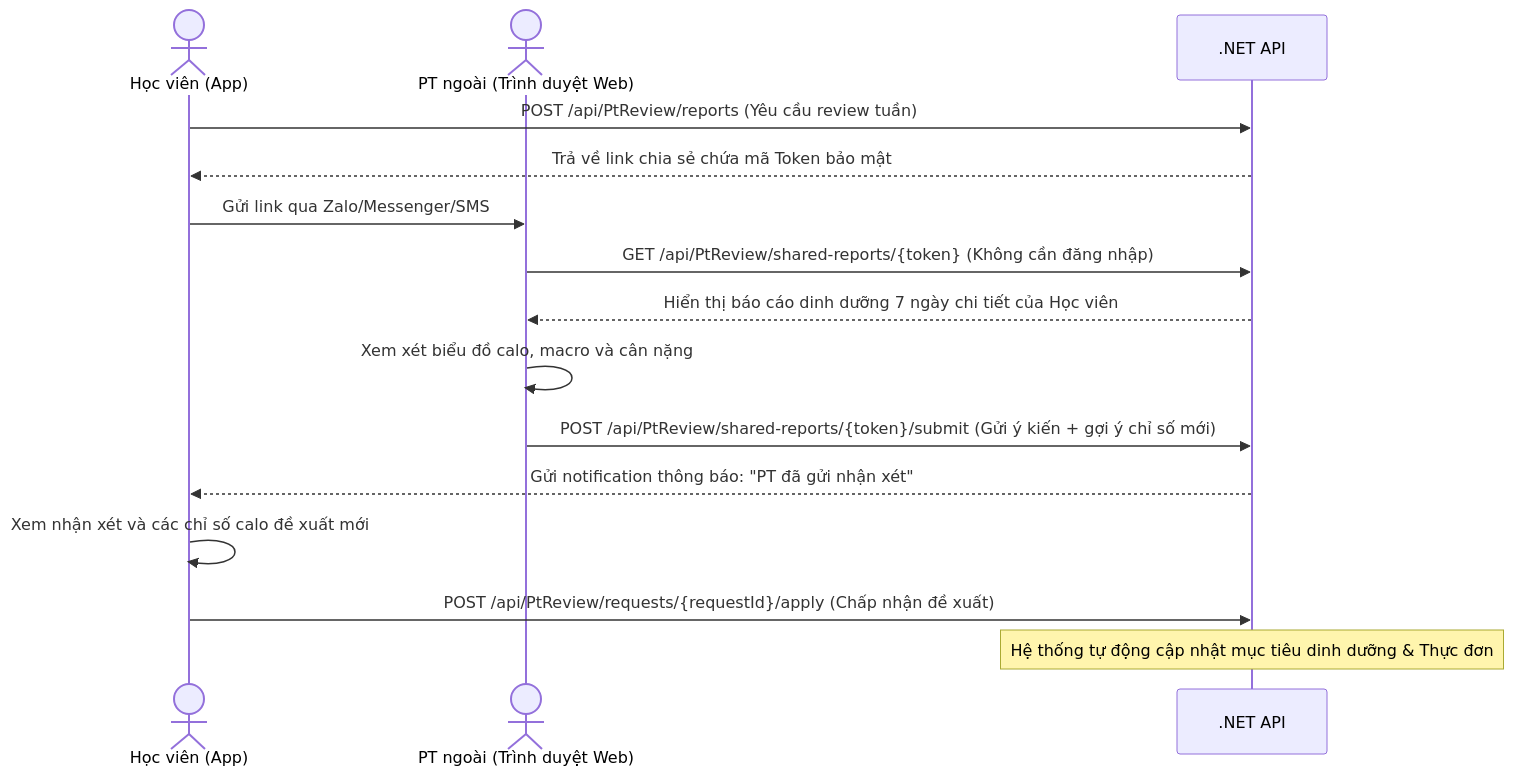
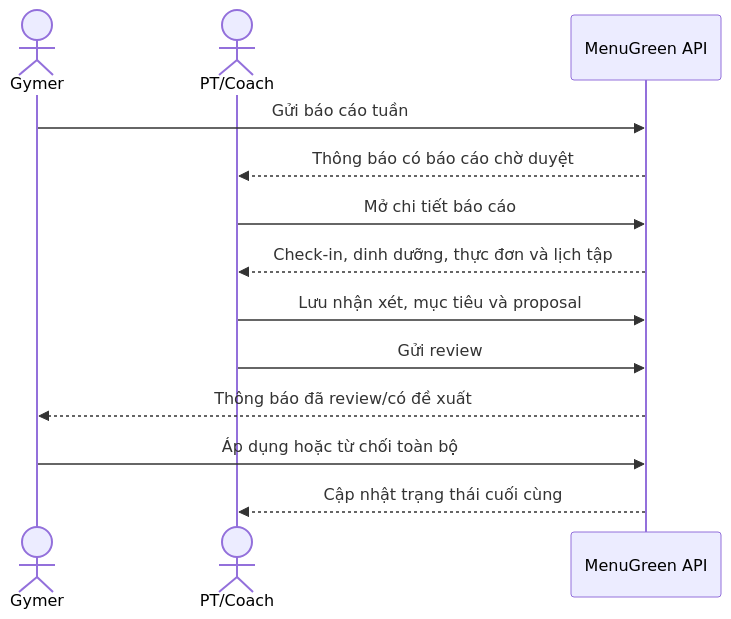
The first of 3 diagrams in docs/workflow/coach_workflow.md (EXE201-MenuGreen/MenuGreenSystem), drawn with Mermaid before and after one commit. The commit also changed other lines of this file and 1 other file, not shown here.

First line of the commit message:
refactor: Update Coach and Gymer workflows documentation

````diff
--- a/docs/workflow/coach_workflow.md
+++ b/docs/workflow/coach_workflow.md
@@ -60,18 +17,16 @@
 ```mermaid
 sequenceDiagram
-    actor S as Học viên (App)
-    actor PT as PT ngoài (Trình duyệt Web)
-    participant BE as .NET API
+    actor G as Gymer
+    actor C as PT/Coach
+    participant API as MenuGreen API
 
-    S->>BE: POST /api/PtReview/reports (Yêu cầu review tuần)
-    BE-->>S: Trả về link chia sẻ chứa mã Token bảo mật
-    S->>PT: Gửi link qua Zalo/Messenger/SMS
-    PT->>BE: GET /api/PtReview/shared-reports/{token} (Không cần đăng nhập)
-    BE-->>PT: Hiển thị báo cáo dinh dưỡng 7 ngày chi tiết của Học viên
-    PT->>PT: Xem xét biểu đồ calo, macro và cân nặng
-    PT->>BE: POST /api/PtReview/shared-reports/{token}/submit (Gửi ý kiến + gợi ý chỉ số mới)
-    BE-->>S: Gửi notification thông báo: "PT đã gửi nhận xét"
-    S->>S: Xem nhận xét và các chỉ số calo đề xuất mới
-    S->>BE: POST /api/PtReview/requests/{requestId}/apply (Chấp nhận đề xuất)
-    Note over BE: Hệ thống tự động cập nhật mục tiêu dinh dưỡng & Thực đơn
+    G->>API: Gửi báo cáo tuần
+    API-->>C: Thông báo có báo cáo chờ duyệt
+    C->>API: Mở chi tiết báo cáo
+    API-->>C: Check-in, dinh dưỡng, thực đơn và lịch tập
+    C->>API: Lưu nhận xét, mục tiêu và proposal
+    C->>API: Gửi review
+    API-->>G: Thông báo đã review/có đề xuất
+    G->>API: Áp dụng hoặc từ chối toàn bộ
+    API-->>C: Cập nhật trạng thái cuối cùng
 ```
````
